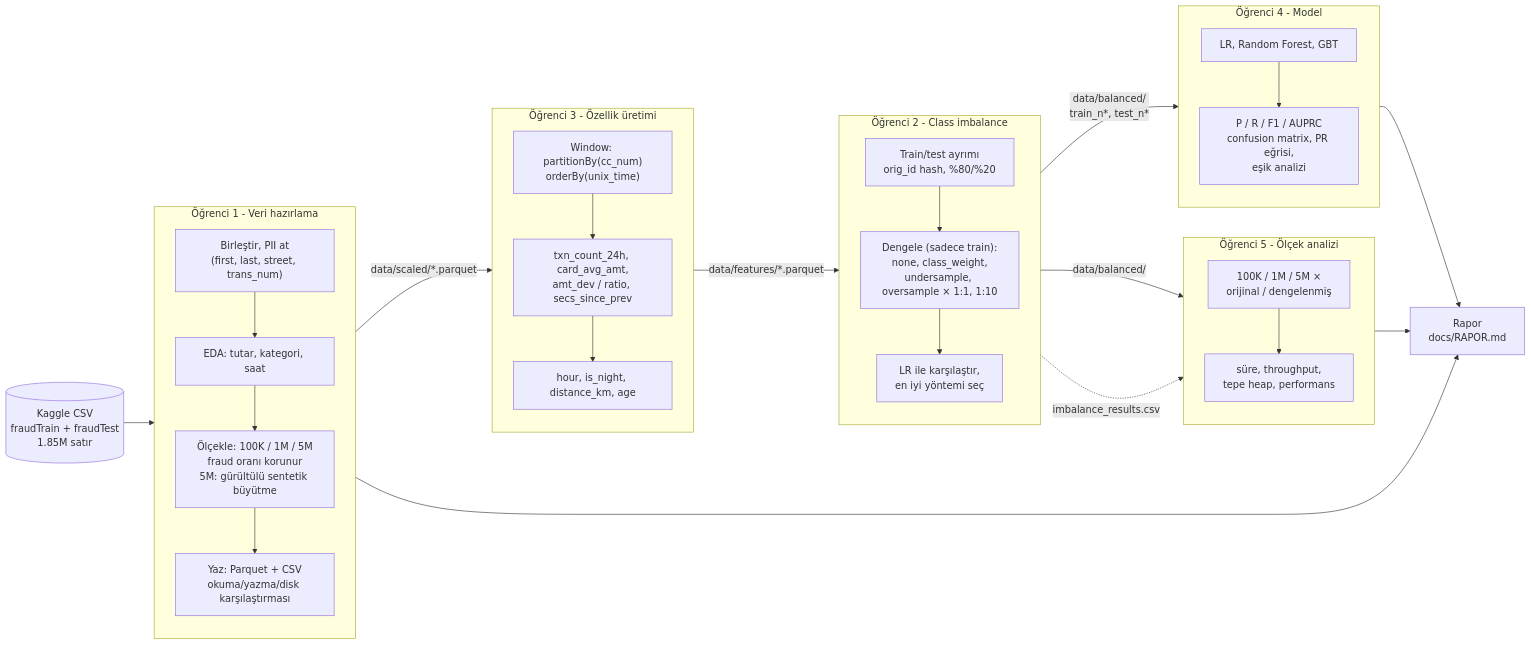
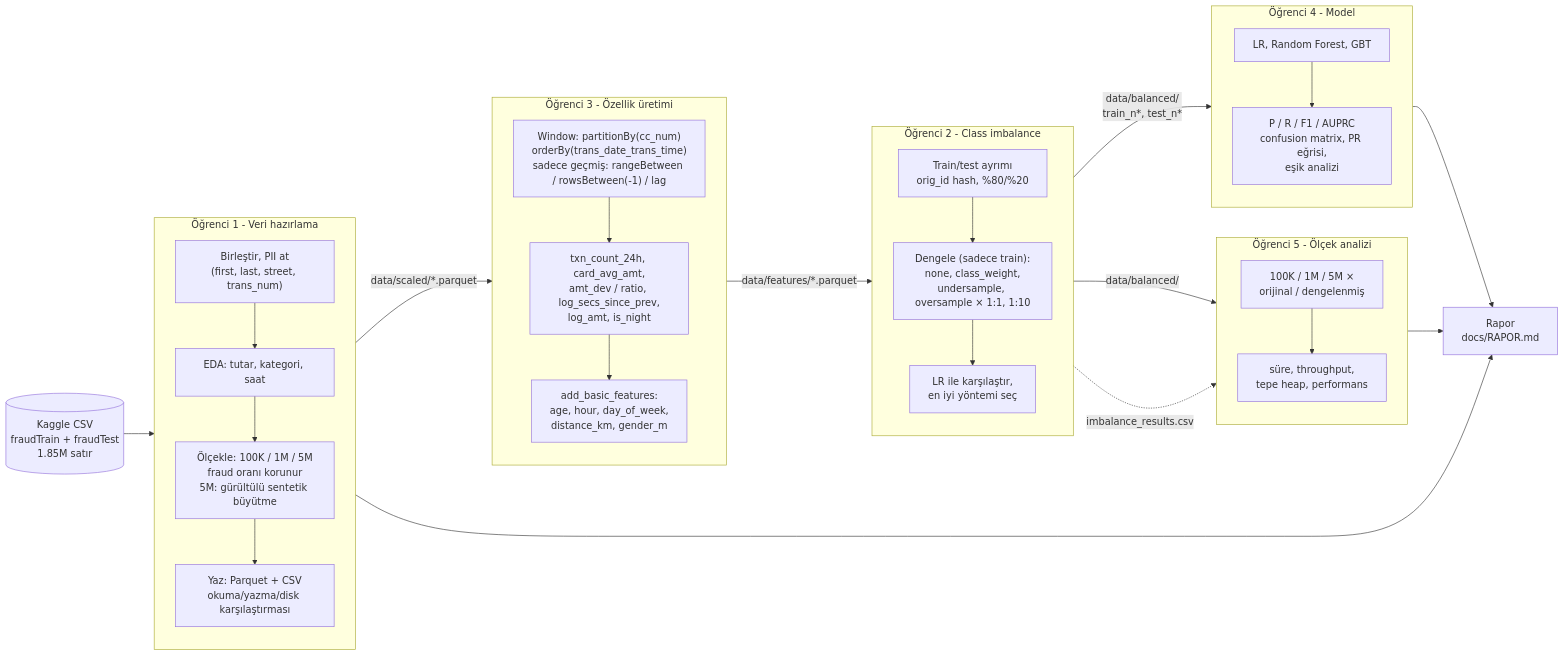
One commit to mrvebb/kredi-karti-fraud-analizi changed the diagram in docs/mimari.md. Above: the diagram before and after it, drawn with Mermaid. The commit also changed 9 other files, not shown here.

````diff
--- a/docs/mimari.md
+++ b/docs/mimari.md
@@ -7,43 +7,43 @@
 ```mermaid
 flowchart LR
     K[("Kaggle CSV<br/>fraudTrain + fraudTest<br/>1.85M satır")] --> O1
 
     subgraph O1["Öğrenci 1 - Veri hazırlama"]
         direction TB
         A1["Birleştir, PII at<br/>(first, last, street, trans_num)"] --> A2["EDA: tutar, kategori, saat"]
         A2 --> A3["Ölçekle: 100K / 1M / 5M<br/>fraud oranı korunur<br/>5M: gürültülü sentetik büyütme"]
         A3 --> A4["Yaz: Parquet + CSV<br/>okuma/yazma/disk karşılaştırması"]
     end
 
     O1 -->|data/scaled/*.parquet| O3
 
     subgraph O3["Öğrenci 3 - Özellik üretimi"]
         direction TB
-        B1["Window: partitionBy(cc_num)<br/>orderBy(unix_time)"] --> B2["txn_count_24h, card_avg_amt,<br/>amt_dev / ratio, secs_since_prev"]
-        B2 --> B3["hour, is_night, distance_km, age"]
+        B1["Window: partitionBy(cc_num)<br/>orderBy(trans_date_trans_time)<br/>sadece geçmiş: rangeBetween / rowsBetween(-1) / lag"] --> B2["txn_count_24h, card_avg_amt,<br/>amt_dev / ratio, log_secs_since_prev,<br/>log_amt, is_night"]
+        B2 --> B3["add_basic_features:<br/>age, hour, day_of_week,<br/>distance_km, gender_m"]
     end
 
     O3 -->|data/features/*.parquet| O2
 
     subgraph O2["Öğrenci 2 - Class imbalance"]
         direction TB
         C1["Train/test ayrımı<br/>orig_id hash, %80/%20"] --> C2["Dengele (sadece train):<br/>none, class_weight,<br/>undersample, oversample × 1:1, 1:10"]
         C2 --> C3["LR ile karşılaştır,<br/>en iyi yöntemi seç"]
     end
 
     O2 -->|data/balanced/<br/>train_n*, test_n*| O4
     O2 -->|data/balanced/| O5
     O2 -.->|imbalance_results.csv| O5
 
     subgraph O4["Öğrenci 4 - Model"]
         D1["LR, Random Forest, GBT"] --> D2["P / R / F1 / AUPRC<br/>confusion matrix, PR eğrisi,<br/>eşik analizi"]
     end
 
     subgraph O5["Öğrenci 5 - Ölçek analizi"]
         E1["100K / 1M / 5M ×<br/>orijinal / dengelenmiş"] --> E2["süre, throughput,<br/>tepe heap, performans"]
     end
 
     O4 --> R["Rapor<br/>docs/RAPOR.md"]
     O5 --> R
     O1 --> R
 ```
````
